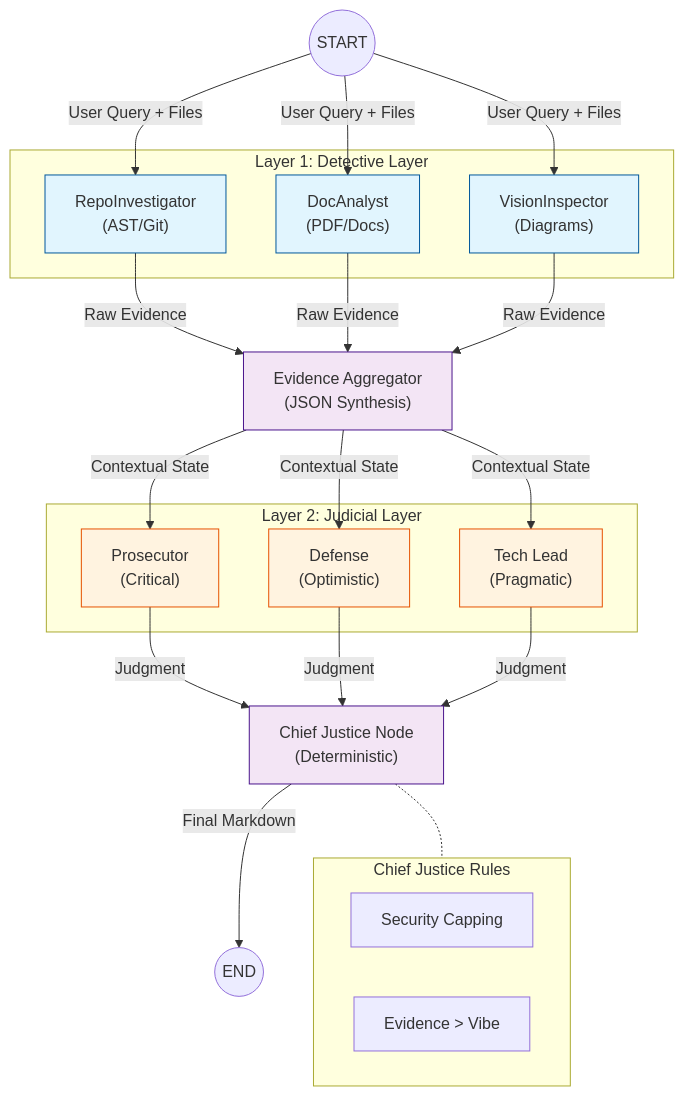
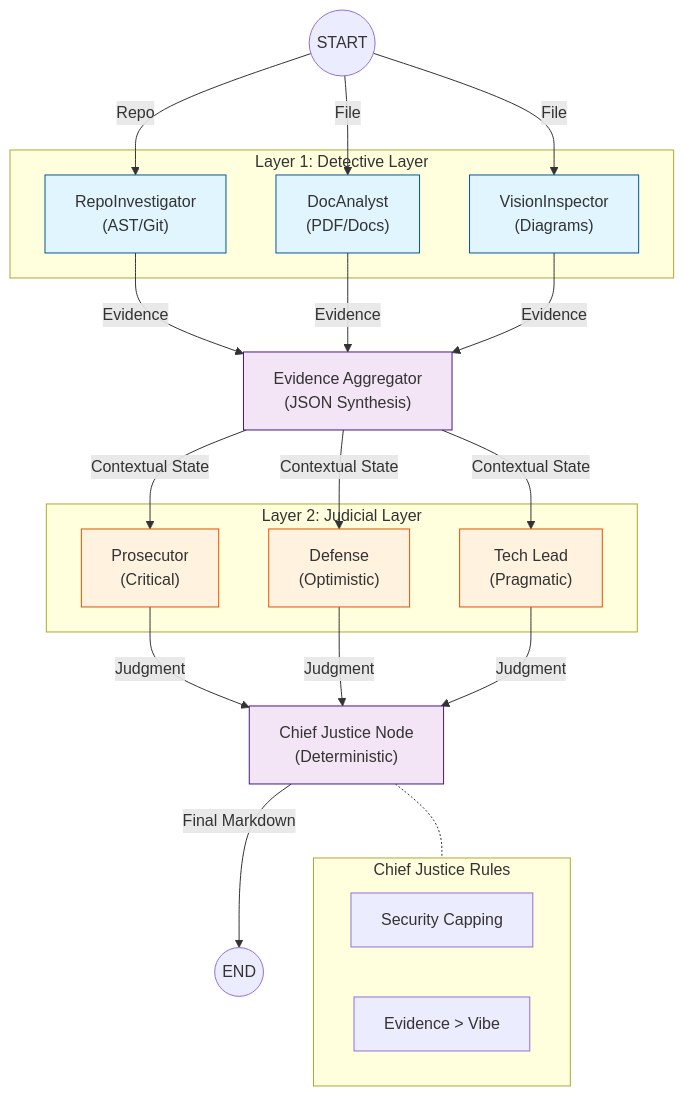
Before and after one commit to martha-ketsela-mengistu/automation-auditor: the diagram in docs/architecture_notes.md, drawn with Mermaid.

Commit message:
Update architecture notes with corrected labels

````diff
--- a/docs/architecture_notes.md
+++ b/docs/architecture_notes.md
@@ -7,55 +7,55 @@
 ```mermaid
 graph TD
     %% Input and Entry
-    StartNode((START)) --> |"User Query + Files"| RepoInvestigator
-    StartNode --> |"User Query + Files"| DocAnalyst
-    StartNode --> |"User Query + Files"| VisionInspector
+    StartNode((START)) --> |"Repo"| RepoInvestigator
+    StartNode --> |"File"| DocAnalyst
+    StartNode --> |"File"| VisionInspector
 
     %% Layer 1: Detective Layer
     subgraph DetectiveLayer ["Layer 1: Detective Layer"]
         RepoInvestigator["RepoInvestigator<br/>(AST/Git)"]
         DocAnalyst["DocAnalyst<br/>(PDF/Docs)"]
         VisionInspector["VisionInspector<br/>(Diagrams)"]
     end
 
     %% Fan-In to Aggregator
-    RepoInvestigator --> |"Raw Evidence"| Aggregator
-    DocAnalyst --> |"Raw Evidence"| Aggregator
-    VisionInspector --> |"Raw Evidence"| Aggregator
+    RepoInvestigator --> |"Evidence"| Aggregator
+    DocAnalyst --> |"Evidence"| Aggregator
+    VisionInspector --> |"Evidence"| Aggregator
 
     Aggregator["Evidence Aggregator<br/>(JSON Synthesis)"] --> |"Contextual State"| Prosecutor
     Aggregator --> |"Contextual State"| Defense
     Aggregator --> |"Contextual State"| TechLead
 
     %% Layer 2: Judicial Layer
     subgraph JudicialLayer ["Layer 2: Judicial Layer"]
         Prosecutor["Prosecutor<br/>(Critical)"]
         Defense["Defense<br/>(Optimistic)"]
         TechLead["Tech Lead<br/>(Pragmatic)"]
     end
 
     %% Fan-In to Chief Justice
     Prosecutor --> |"Judgment"| ChiefJustice
     Defense --> |"Judgment"| ChiefJustice
     TechLead --> |"Judgment"| ChiefJustice
 
     ChiefJustice["Chief Justice Node<br/>(Deterministic)"]
 
     %% Rules Context
     subgraph JusticeRules ["Chief Justice Rules"]
         SecurityOverride["Security Capping"]
         FactSupremacy["Evidence > Vibe"]
     end
     ChiefJustice -.- JusticeRules
 
     %% Output
     ChiefJustice --> |"Final Markdown"| EndNode((END))
 
     %% Styling
     classDef detective fill:#e1f5fe,stroke:#01579b;
     classDef judicial fill:#fff3e0,stroke:#e65100;
     classDef synthesis fill:#f3e5f5,stroke:#4a148c;
     class RepoInvestigator,DocAnalyst,VisionInspector detective;
     class Prosecutor,Defense,TechLead judicial;
     class ChiefJustice,Aggregator synthesis;
 ```
````
